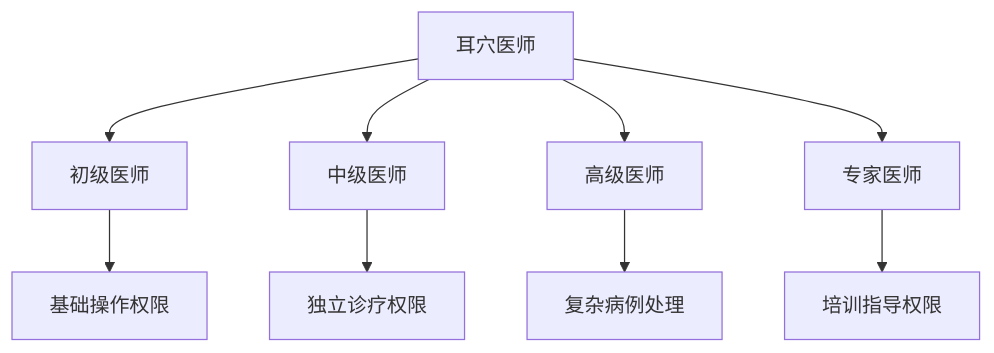
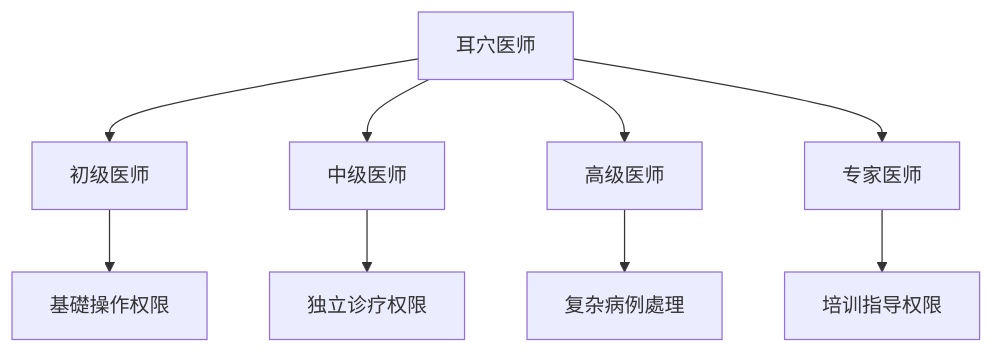
One commit to kmjade/knowledge-value changed the third of 7 diagrams in 3 Resources/01-Tech/🏥 专业知识/耳穴知识库/08_实践指南/质量控制体系.md. Above: the diagram before and after it, drawn with Mermaid. The commit also changed other lines of this file and 653 other files, not shown here.

````diff
--- a/3 Resources/01-Tech/🏥 专业知识/耳穴知识库/08_实践指南/质量控制体系.md
+++ b/3 Resources/01-Tech/🏥 专业知识/耳穴知识库/08_实践指南/质量控制体系.md
@@ -89,12 +89,12 @@
 ```mermaid
 graph TD
     A[耳穴医师] --> B[初级医师]
     A --> C[中级医师]
     A --> D[高级医师]
     A --> E[专家医师]
     
-    B --> B1[基础操作权限]
+    B --> B1[基礎操作权限]
     C --> C1[独立诊疗权限]
-    D --> D1[复杂病例处理]
+    D --> D1[复杂病例處理]
     E --> E1[培训指导权限]
 ```
````
